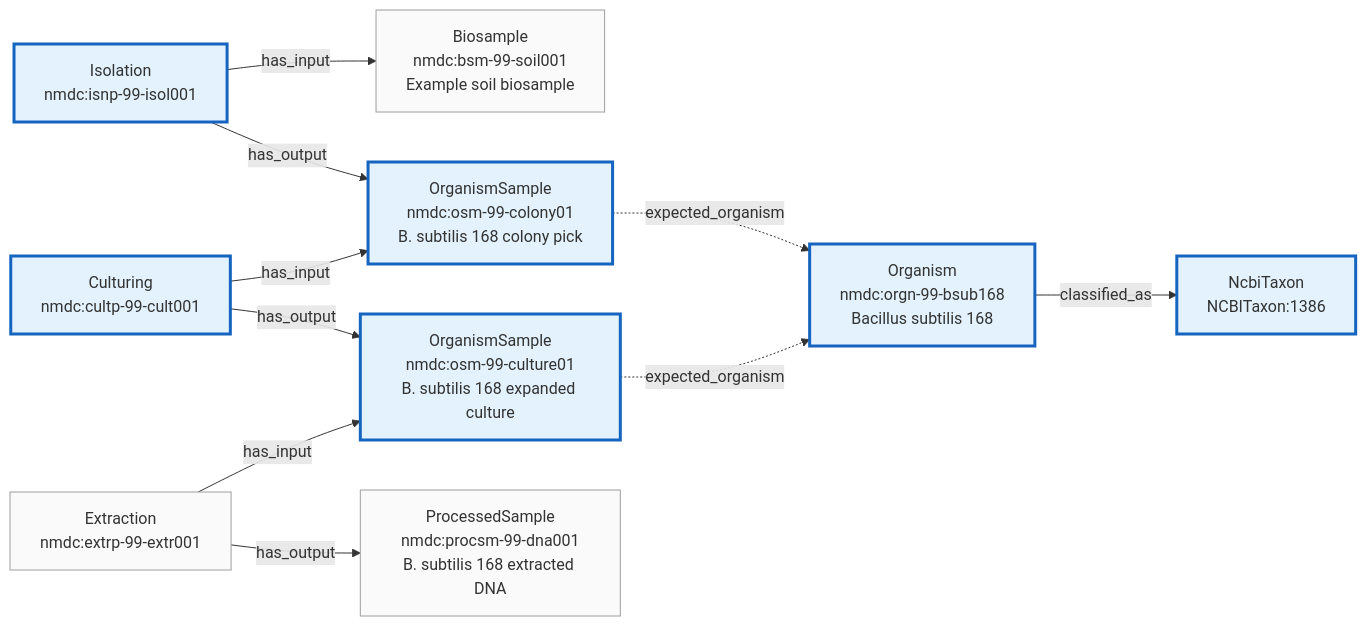
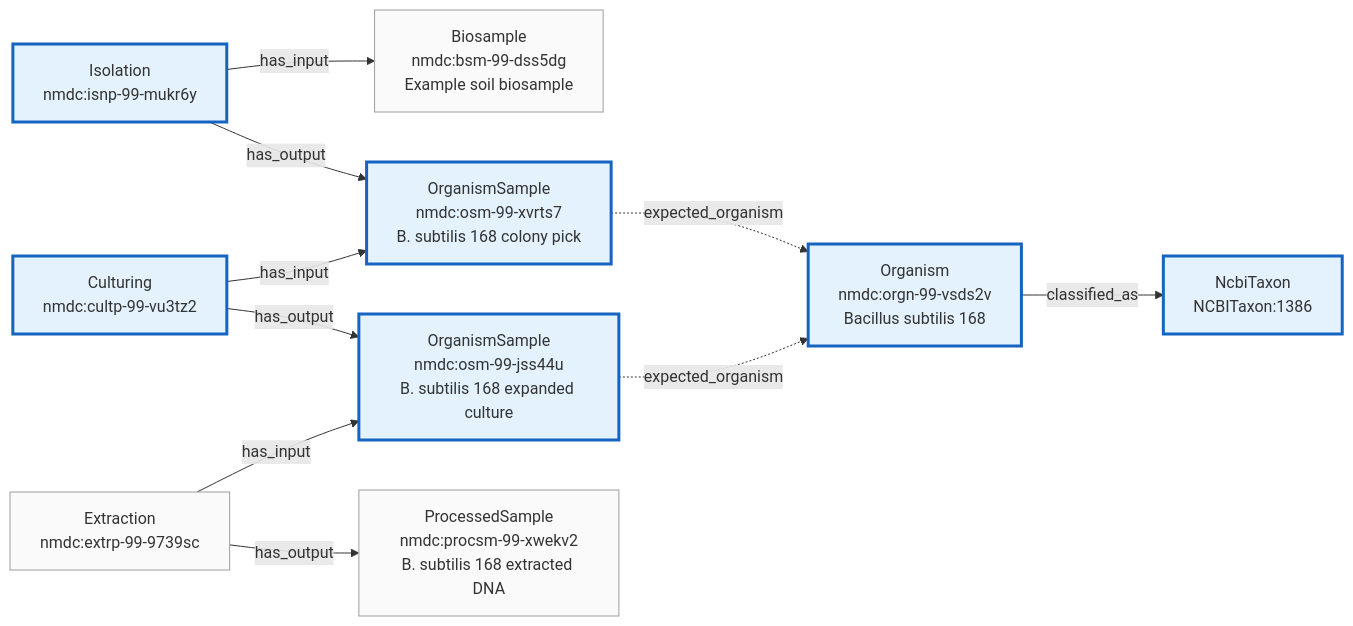
Before and after one commit to microbiomedata/nmdc-schema: the diagram in src/docs/images/use-case-1-environmental-isolation.mmd, drawn with Mermaid. The commit also changed 11 other files, not shown here.

First line of the commit message:
Sync diagrams with current example data; add viral-isolate use case

```diff
--- a/src/docs/images/use-case-1-environmental-isolation.mmd
+++ b/src/docs/images/use-case-1-environmental-isolation.mmd
@@ -1,30 +1,30 @@
 %% Derived from src/data/valid/Database-isolate-from-soil-workflow.yaml.
 %% Shows every entity and edge asserted by the data file.
 %% Upstream collection context (FieldResearchSite + CollectingBiosamplesFromSite)
 %% is not currently in the data file — omitted here to keep diagram faithful.
 flowchart LR
-    BSM["Biosample<br/>nmdc:bsm-99-soil001<br/>Example soil biosample"]
-    ISN["Isolation<br/>nmdc:isnp-99-isol001"]
-    OSM1["OrganismSample<br/>nmdc:osm-99-colony01<br/>B. subtilis 168 colony pick"]
-    CULT["Culturing<br/>nmdc:cultp-99-cult001"]
-    OSM2["OrganismSample<br/>nmdc:osm-99-culture01<br/>B. subtilis 168 expanded culture"]
-    EXT["Extraction<br/>nmdc:extrp-99-extr001"]
-    PSM["ProcessedSample<br/>nmdc:procsm-99-dna001<br/>B. subtilis 168 extracted DNA"]
-    ORG["Organism<br/>nmdc:orgn-99-bsub168<br/>Bacillus subtilis 168"]
+    BSM["Biosample<br/>nmdc:bsm-99-dss5dg<br/>Example soil biosample"]
+    ISN["Isolation<br/>nmdc:isnp-99-mukr6y"]
+    OSM1["OrganismSample<br/>nmdc:osm-99-xvrts7<br/>B. subtilis 168 colony pick"]
+    CULT["Culturing<br/>nmdc:cultp-99-vu3tz2"]
+    OSM2["OrganismSample<br/>nmdc:osm-99-jss44u<br/>B. subtilis 168 expanded culture"]
+    EXT["Extraction<br/>nmdc:extrp-99-9739sc"]
+    PSM["ProcessedSample<br/>nmdc:procsm-99-xwekv2<br/>B. subtilis 168 extracted DNA"]
+    ORG["Organism<br/>nmdc:orgn-99-vsds2v<br/>Bacillus subtilis 168"]
     TAX["NcbiTaxon<br/>NCBITaxon:1386"]
 
     ISN -->|has_input| BSM
     ISN -->|has_output| OSM1
     CULT -->|has_input| OSM1
     CULT -->|has_output| OSM2
     EXT -->|has_input| OSM2
     EXT -->|has_output| PSM
 
     OSM1 -.->|expected_organism| ORG
     OSM2 -.->|expected_organism| ORG
     ORG -->|classified_as| TAX
 
     classDef newPR fill:#e3f2fd,stroke:#1565c0,stroke-width:3px
     classDef concrete fill:#fafafa,stroke:#9e9e9e
     class ISN,CULT,OSM1,OSM2,ORG,TAX newPR
     class BSM,EXT,PSM concrete
```
